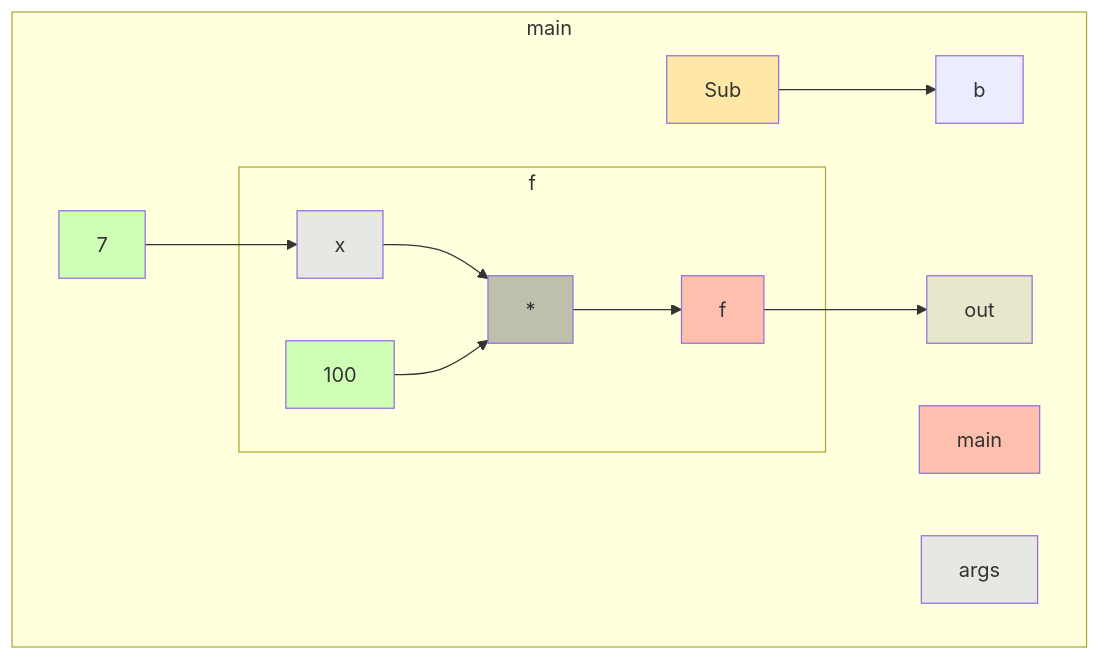
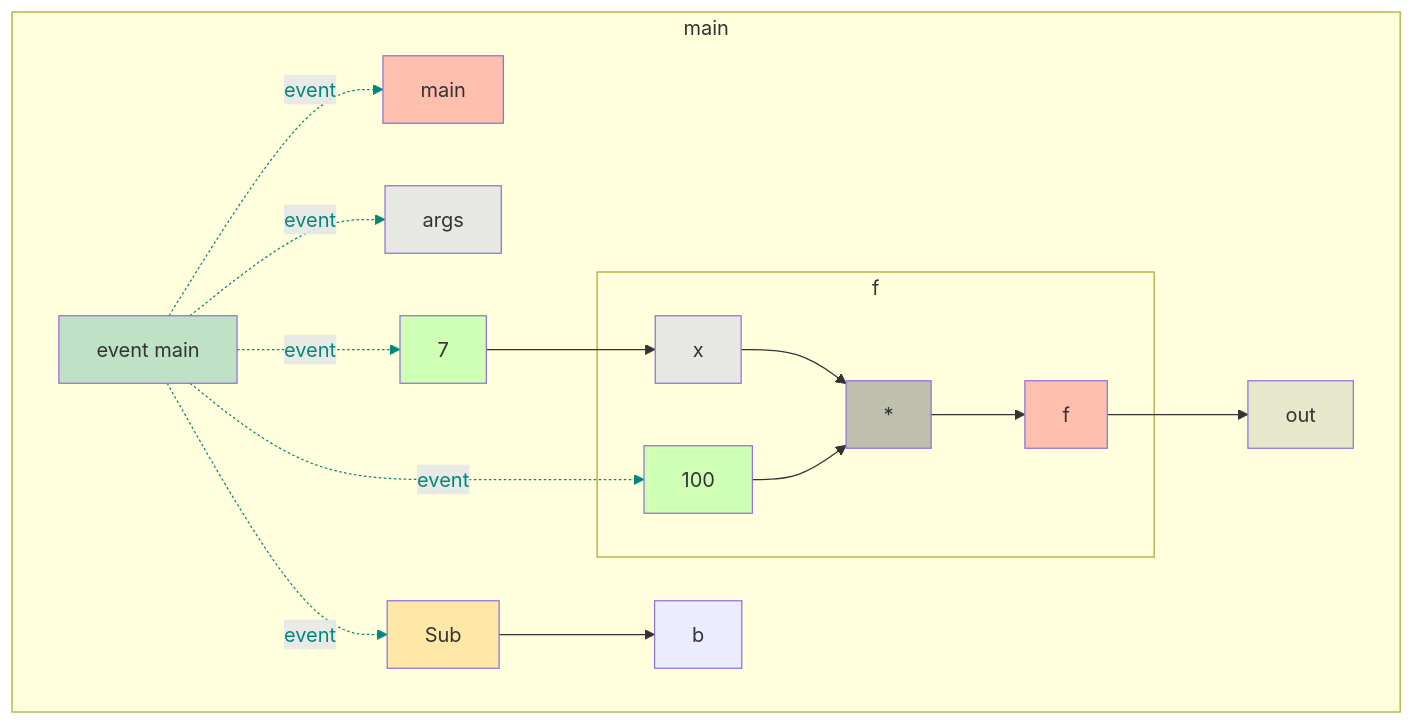
The diagram in app/src/test/resources/overriddenMethod/snapshot.md (gstiebler/codeflow), drawn with Mermaid before and after one commit. The commit also changed 77 other files, not shown here.

````diff
--- a/app/src/test/resources/overriddenMethod/snapshot.md
+++ b/app/src/test/resources/overriddenMethod/snapshot.md
@@ -1,30 +1,42 @@
 ```mermaid
 flowchart TD
   subgraph b0["main"]
-    n1[main]:::RETURN
-    n2[args]:::FUNC_PARAM
-    n3[Sub]:::EXTERNAL
-    n4[b]:::OBJ_VARIABLE
-    n5[7]:::LITERAL
-    n11[out]:::VARIABLE
-    n3[Sub]:::EXTERNAL --> n4[b]:::OBJ_VARIABLE
-    n5[7]:::LITERAL --> n8[x]:::FUNC_PARAM
-    n7[f]:::RETURN --> n11[out]:::VARIABLE
-    subgraph b6["f"]
-      n7[f]:::RETURN
-      n8[x]:::FUNC_PARAM
-      n9[100]:::LITERAL
-      n10[*]:::BIN_OP
-      n8[x]:::FUNC_PARAM --> n10[*]:::BIN_OP
-      n9[100]:::LITERAL --> n10[*]:::BIN_OP
-      n10[*]:::BIN_OP --> n7[f]:::RETURN
+    n1[event main]:::EVENT
+    n2[main]:::RETURN
+    n3[args]:::FUNC_PARAM
+    n4[Sub]:::EXTERNAL
+    n5[b]:::OBJ_VARIABLE
+    n6[7]:::LITERAL
+    n12[out]:::VARIABLE
+    n1[event main]:::EVENT -. event .-> n2[main]:::RETURN
+    n1[event main]:::EVENT -. event .-> n3[args]:::FUNC_PARAM
+    n1[event main]:::EVENT -. event .-> n4[Sub]:::EXTERNAL
+    n1[event main]:::EVENT -. event .-> n6[7]:::LITERAL
+    n1[event main]:::EVENT -. event .-> n10[100]:::LITERAL
+    n4[Sub]:::EXTERNAL --> n5[b]:::OBJ_VARIABLE
+    n6[7]:::LITERAL --> n9[x]:::FUNC_PARAM
+    n8[f]:::RETURN --> n12[out]:::VARIABLE
+    subgraph b7["f"]
+      n8[f]:::RETURN
+      n9[x]:::FUNC_PARAM
+      n10[100]:::LITERAL
+      n11[*]:::BIN_OP
+      n9[x]:::FUNC_PARAM --> n11[*]:::BIN_OP
+      n10[100]:::LITERAL --> n11[*]:::BIN_OP
+      n11[*]:::BIN_OP --> n8[f]:::RETURN
     end
   end
+  linkStyle 0 stroke:#00897b,color:#00897b
+  linkStyle 1 stroke:#00897b,color:#00897b
+  linkStyle 2 stroke:#00897b,color:#00897b
+  linkStyle 3 stroke:#00897b,color:#00897b
+  linkStyle 4 stroke:#00897b,color:#00897b
   classDef LITERAL fill:#00FF0030
   classDef VARIABLE fill:#80808030
   classDef BIN_OP fill:#80808080
   classDef FUNC_PARAM fill:#8080FF30
   classDef RETURN fill:#FF808080
   classDef EXTERNAL fill:#FFA50040
   classDef UNMODELLED fill:#FF000030,stroke-dasharray: 4 2
+  classDef EVENT fill:#00897B40
 ```
````
